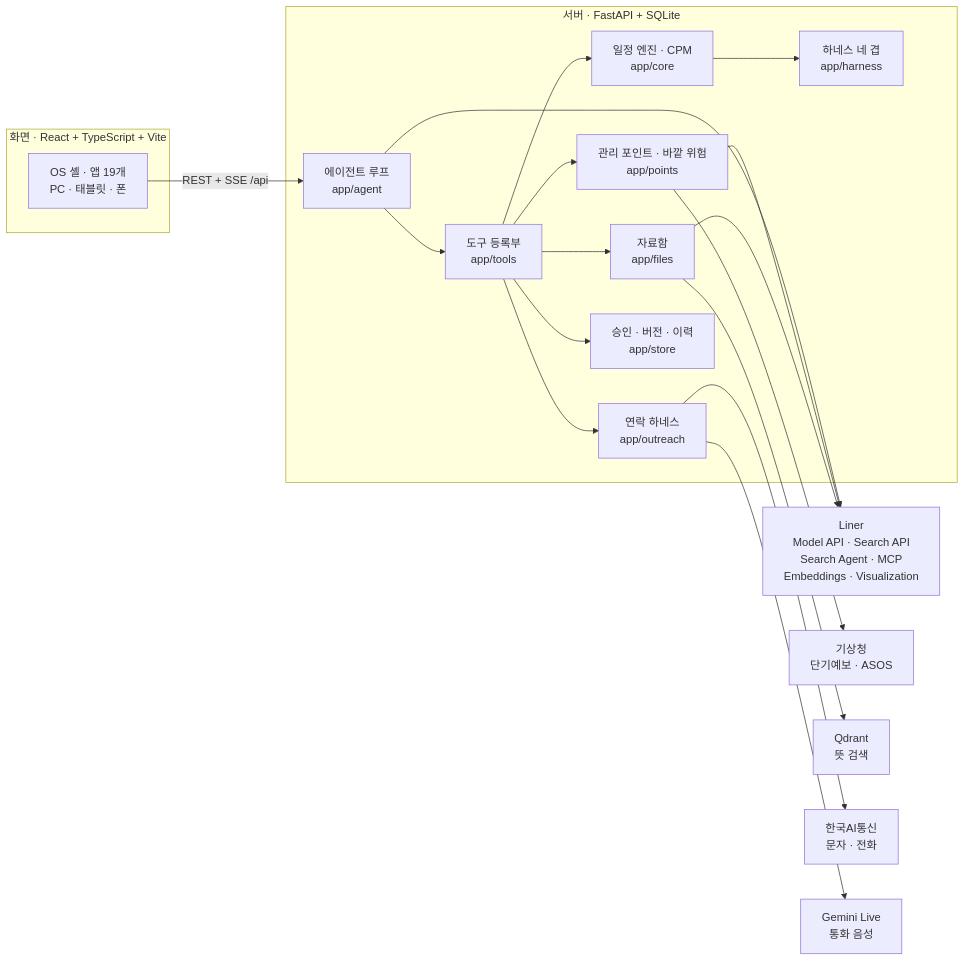
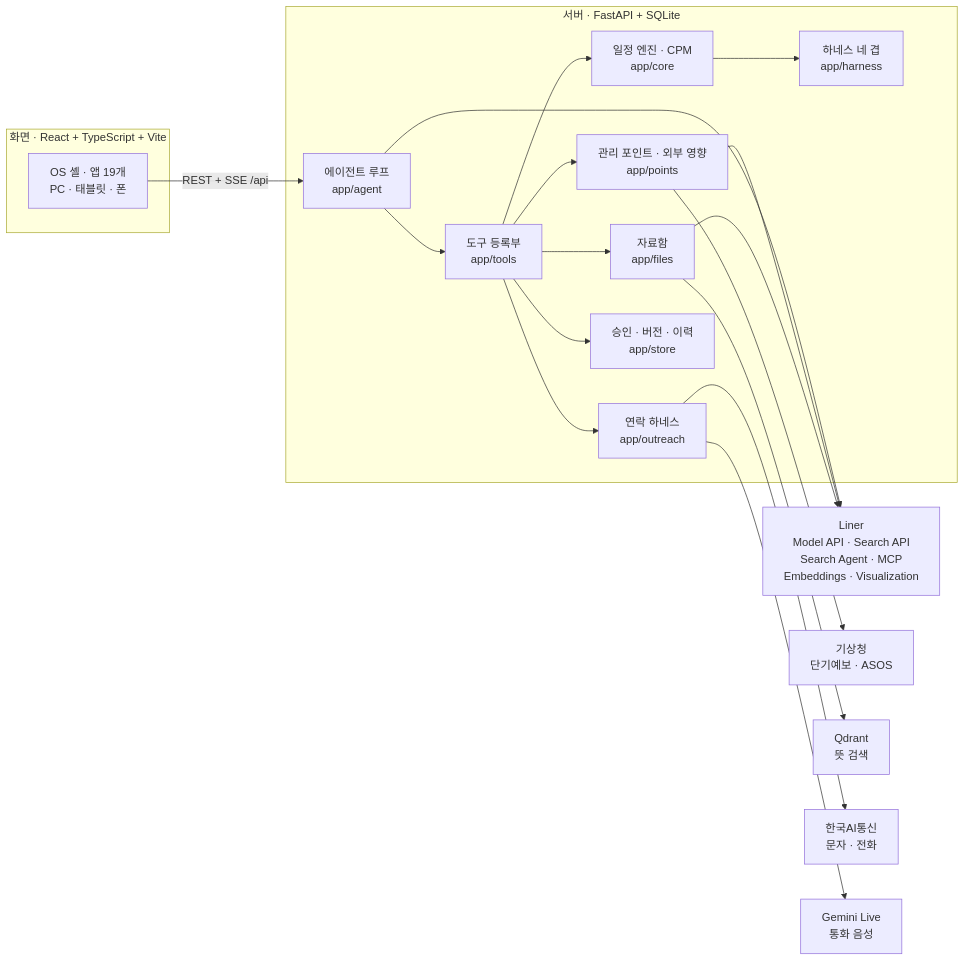
Before and after one commit to sohnjangho/chronos: the diagram in README.md, drawn with Mermaid. The commit also changed other lines of this file, not shown here.

````diff
--- a/README.md
+++ b/README.md
@@ -86,30 +86,30 @@
 ```mermaid
 flowchart LR
   subgraph FE["화면 · React + TypeScript + Vite"]
     OS["OS 셸 · 앱 19개<br/>PC · 태블릿 · 폰"]
   end
   subgraph BE["서버 · FastAPI + SQLite"]
     LOOP["에이전트 루프<br/>app/agent"]
     TOOLS["도구 등록부<br/>app/tools"]
     CORE["일정 엔진 · CPM<br/>app/core"]
     HAR["하네스 네 겹<br/>app/harness"]
-    PTS["관리 포인트 · 바깥 위험<br/>app/points"]
+    PTS["관리 포인트 · 외부 영향<br/>app/points"]
     OUT["연락 하네스<br/>app/outreach"]
     FILES["자료함<br/>app/files"]
     STORE["승인 · 버전 · 이력<br/>app/store"]
   end
   OS -- "REST + SSE /api" --> LOOP
   LOOP --> TOOLS
   TOOLS --> CORE --> HAR
   TOOLS --> PTS
   TOOLS --> OUT
   TOOLS --> STORE
   TOOLS --> FILES
   LOOP --> LINER["Liner<br/>Model API · Search API<br/>Search Agent · MCP<br/>Embeddings · Visualization"]
   PTS --> LINER
   PTS --> KMA["기상청<br/>단기예보 · ASOS"]
   FILES --> LINER
   FILES --> QD["Qdrant<br/>뜻 검색"]
   OUT --> KAT["한국AI통신<br/>문자 · 전화"]
   OUT --> GEM["Gemini Live<br/>통화 음성"]
 ```
````
